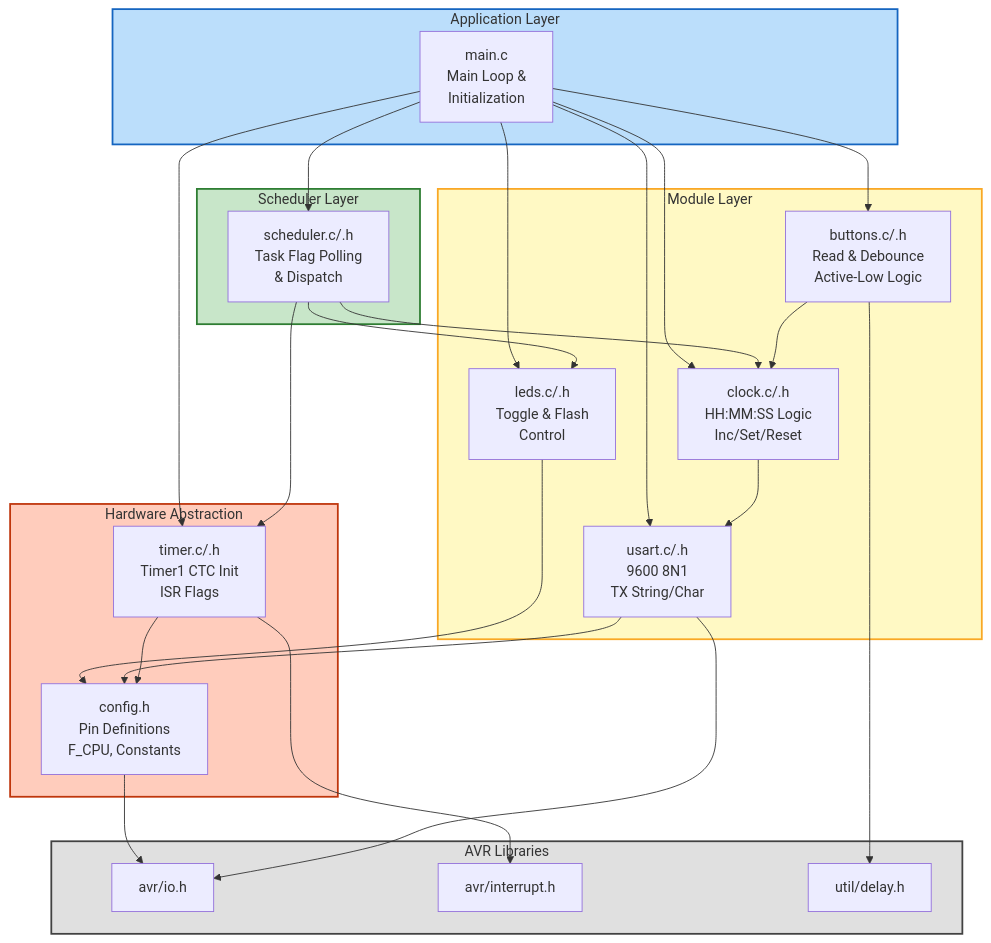
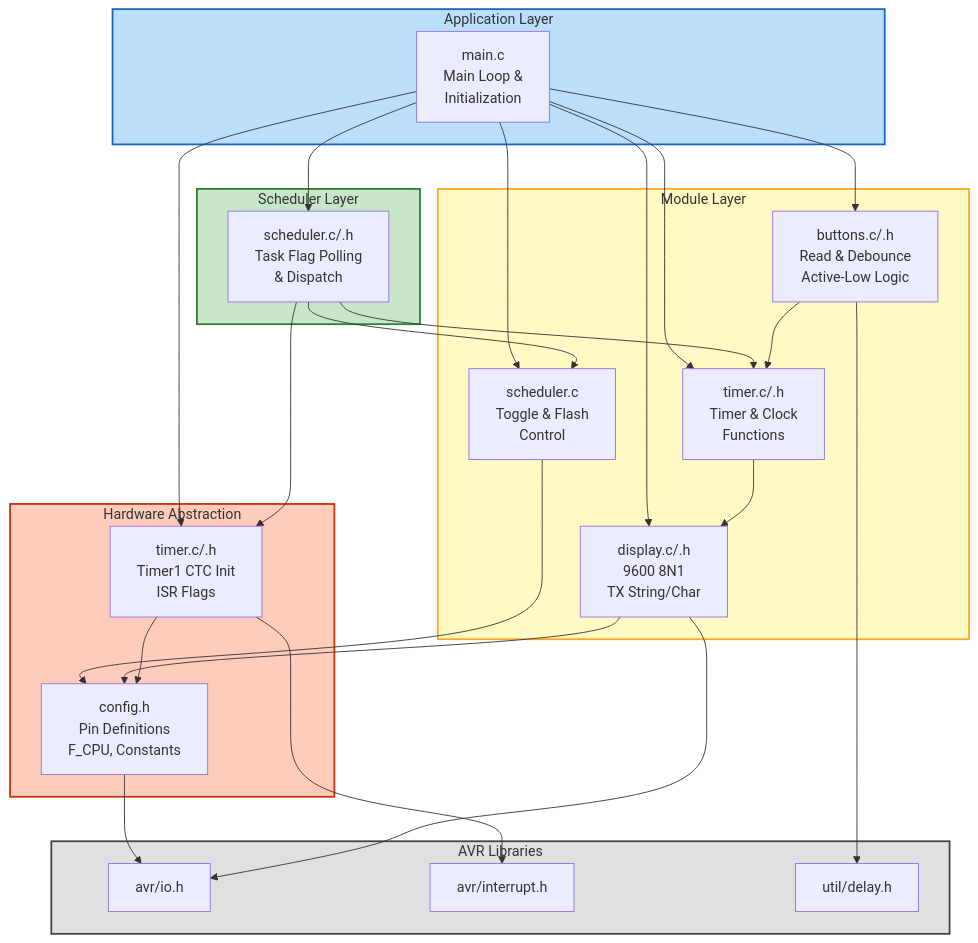
One commit to chikotaraufu-netizen/ATmega32_Timer_Digital_Clock_Scheduler- changed the third of 5 diagrams in documentation/block_diagram.md. Above: the diagram before and after it, drawn with Mermaid. The commit also changed other lines of this file and 5 other files, not shown here.

````diff
--- a/documentation/block_diagram.md
+++ b/documentation/block_diagram.md
@@ -160,56 +160,56 @@
 ```mermaid
 graph TB
     subgraph APP["Application Layer"]
         MAIN["main.c<br/>Main Loop &<br/>Initialization"]
     end
 
     subgraph SCHED_LAYER["Scheduler Layer"]
         SCHED["scheduler.c/.h<br/>Task Flag Polling<br/>& Dispatch"]
     end
 
     subgraph MODULE_LAYER["Module Layer"]
-        CLOCK["clock.c/.h<br/>HH:MM:SS Logic<br/>Inc/Set/Reset"]
+        CLOCK["timer.c/.h<br/>Timer & Clock<br/>Functions"]
         BTNMOD["buttons.c/.h<br/>Read & Debounce<br/>Active-Low Logic"]
-        LEDMOD["leds.c/.h<br/>Toggle & Flash<br/>Control"]
-        UARTMOD["usart.c/.h<br/>9600 8N1<br/>TX String/Char"]
+        LEDMOD["scheduler.c<br/>Toggle & Flash<br/>Control"]
+        UARTMOD["display.c/.h<br/>9600 8N1<br/>TX String/Char"]
     end
 
     subgraph DRIVER_LAYER["Hardware Abstraction"]
         TIMER["timer.c/.h<br/>Timer1 CTC Init<br/>ISR Flags"]
         CONFIG["config.h<br/>Pin Definitions<br/>F_CPU, Constants"]
     end
 
     subgraph AVR_LAYER["AVR Libraries"]
         AVRIO["avr/io.h"]
         AVRINT["avr/interrupt.h"]
         UTIL["util/delay.h"]
     end
 
     MAIN --> SCHED
     MAIN --> CLOCK
     MAIN --> BTNMOD
     MAIN --> LEDMOD
     MAIN --> UARTMOD
     MAIN --> TIMER
 
     SCHED --> CLOCK
     SCHED --> LEDMOD
     SCHED --> TIMER
 
     CLOCK --> UARTMOD
     BTNMOD --> CLOCK
     LEDMOD --> CONFIG
     UARTMOD --> CONFIG
 
     TIMER --> CONFIG
     TIMER --> AVRINT
     CONFIG --> AVRIO
     UARTMOD --> AVRIO
     BTNMOD --> UTIL
 
     style APP fill:#bbdefb,stroke:#1565c0,stroke-width:2px
     style SCHED_LAYER fill:#c8e6c9,stroke:#2e7d32,stroke-width:2px
     style MODULE_LAYER fill:#fff9c4,stroke:#f9a825,stroke-width:2px
     style DRIVER_LAYER fill:#ffccbc,stroke:#bf360c,stroke-width:2px
     style AVR_LAYER fill:#e0e0e0,stroke:#424242,stroke-width:2px
 ```
````
